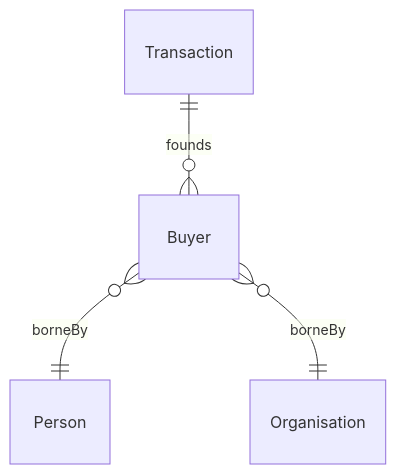
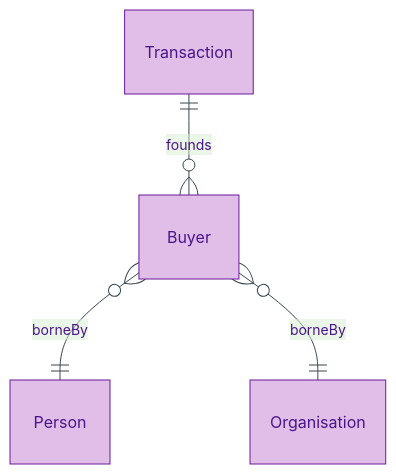
Before and after one commit to sparkling/opda: the diagram in docs/manual/logical/agent/buyer.md, drawn with Mermaid. The commit also changed other lines of this file and 179 other files, not shown here.

First line of the commit message:
docs(manual): Logical-tier diagram expansion via /diagramming skill

````diff
--- a/docs/manual/logical/agent/buyer.md
+++ b/docs/manual/logical/agent/buyer.md
@@ -32,6 +37,10 @@
 ```mermaid
+%%{init: {"theme": "base", "themeVariables": {"primaryColor": "#E1BEE7", "primaryTextColor": "#4A148C", "primaryBorderColor": "#6A1B9A", "lineColor": "#37474F"}}}%%
 erDiagram
+    accTitle: Buyer — Entity-Relationship Diagram
+    accDescr: Direct-neighbour view of Buyer RoleMixin — borne by Person or Organisation, founded by Transaction (mirror of Seller).
+
     Buyer }o--|| Person : "borneBy"
     Buyer }o--|| Organisation : "borneBy"
     Transaction ||--o{ Buyer : "founds"
 ```
````
